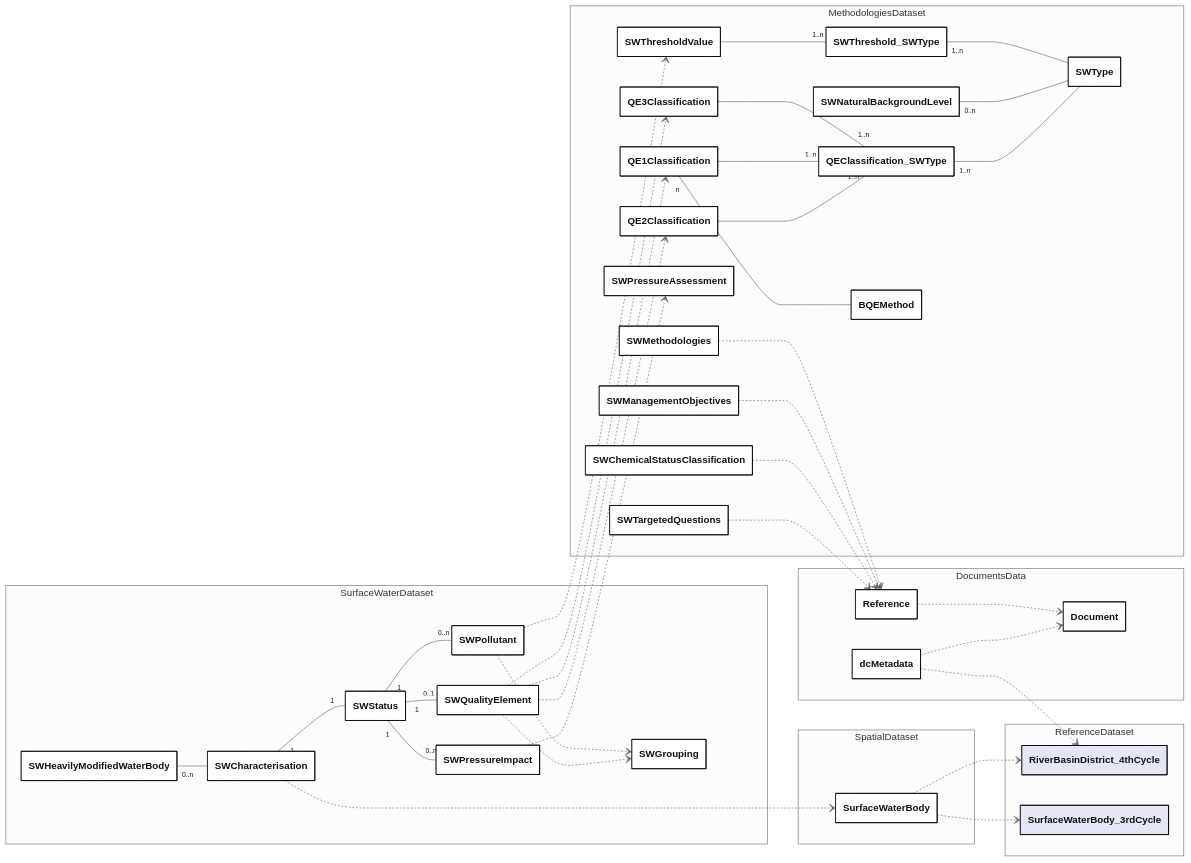
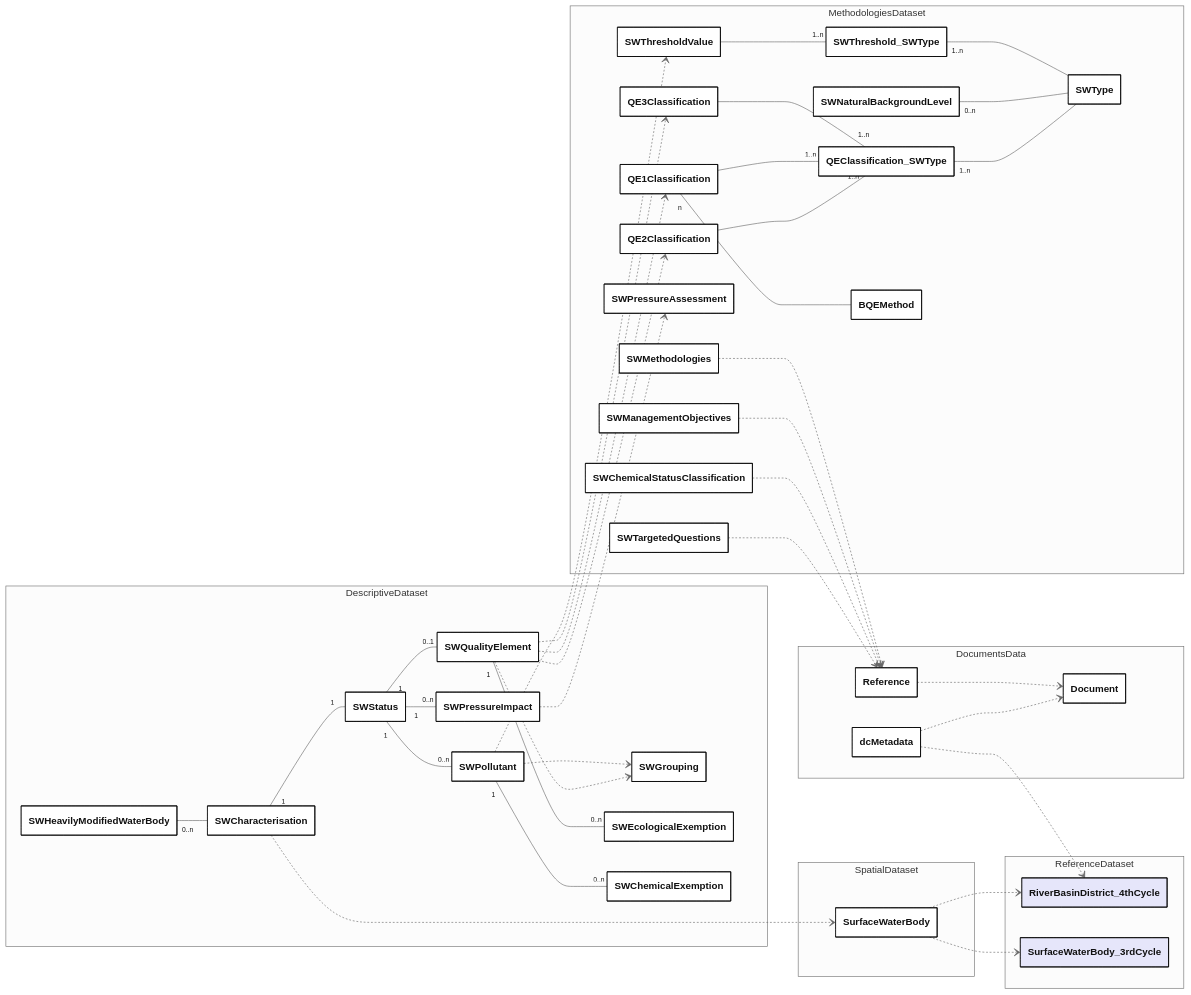
One commit to eeadata/WISE.WFD.Documentation changed the diagram in docs/DataModelReview/mmd/SurfaceWater_4thCycle_Overview_ClassDiagram.mmd. Above: the diagram before and after it, drawn with Mermaid. The commit also changed 7 other files, not shown here.

```diff
--- a/docs/DataModelReview/mmd/SurfaceWater_4thCycle_Overview_ClassDiagram.mmd
+++ b/docs/DataModelReview/mmd/SurfaceWater_4thCycle_Overview_ClassDiagram.mmd
@@ -1,109 +1,115 @@
 ---
 config:
   class:
     hideEmptyMembersBox: true
   layout: dagre
   theme: neutral
   themeVariables:
     noteBkgColor: LightYellow
     noteTextColor: black 
 ---
 classDiagram
 direction LR
 
-namespace SurfaceWaterDataset {
+namespace DescriptiveDataset {
 class SWPressureImpact{}
 class SWHeavilyModifiedWaterBody{}
 class SWCharacterisation{}
 class SWStatus{} 
 
 class SWQualityElement{}
 class SWGrouping{}
 class SWPollutant{}
+
+class SWEcologicalExemption{}
+class SWChemicalExemption{}
 }
 
 namespace SpatialDataset {
   class SurfaceWaterBody{}
 }
 
 namespace MethodologiesDataset {
 class SWMethodologies{}
 class SWManagementObjectives{}
 class SWChemicalStatusClassification{}
 class SWTargetedQuestions{}
 
 class SWPressureAssessment{}
 class SWThresholdValue{}
 class SWThreshold_SWType{}
 class SWType{}
 class SWNaturalBackgroundLevel{}
 
 class QE1Classification{}
 class QE2Classification{}
 class QE3Classification{}
 class QEClassification_SWType{}
 
 class BQEMethod{}
 }
 
 namespace DocumentsData {
 class dcMetadata{}
 class Reference{}
 class Document{}
 }
 
 namespace ReferenceDataset {
 class RiverBasinDistrict_4thCycle:::otherDataset{
   
 }
 
 class SurfaceWaterBody_3rdCycle:::otherDataset{
   
 }
 }
 
 SWHeavilyModifiedWaterBody "0..n" -- SWCharacterisation
 SWCharacterisation "1" -- "1" SWStatus    
 SWStatus "1" -- "0..1" SWQualityElement
 SWStatus "1" -- "0..n" SWPollutant
 SWStatus "1" -- "0..n" SWPressureImpact
 
+SWQualityElement "1" -- "0..n" SWEcologicalExemption
+SWPollutant "1" -- "0..n" SWChemicalExemption
+
 SWThresholdValue -- "1..n" SWThreshold_SWType
 SWThreshold_SWType "1..n" -- SWType
 
 SWNaturalBackgroundLevel "0..n" -- SWType
 QE1Classification "n" -- BQEMethod
 
 
 QE3Classification -- "1..n" QEClassification_SWType
 QE1Classification -- "1..n" QEClassification_SWType
 QE2Classification -- "1..n" QEClassification_SWType
 QEClassification_SWType "1..n" -- SWType
 
 
 SWPollutant ..> SWGrouping
 SWQualityElement ..> SWGrouping
 
 SWQualityElement ..> QE1Classification
 SWQualityElement ..> QE2Classification
 SWQualityElement ..> QE3Classification
 
 SurfaceWaterBody ..> SurfaceWaterBody_3rdCycle
 SurfaceWaterBody ..> RiverBasinDistrict_4thCycle
 
 SWPollutant ..> SWThresholdValue
 SWPressureImpact ..> SWPressureAssessment
 SWCharacterisation ..> SurfaceWaterBody
 
 SWMethodologies ..> Reference
 SWManagementObjectives ..> Reference
 SWChemicalStatusClassification ..> Reference
 SWTargetedQuestions ..> Reference
 
 Reference ..> Document
 dcMetadata ..> RiverBasinDistrict_4thCycle
 dcMetadata ..> Document
 
 classDef default fill:white,stroke:#000;
 classDef forFixing fill:white,stroke:#f00;
 classDef otherDataset fill:lavender,stroke:#000;
```
